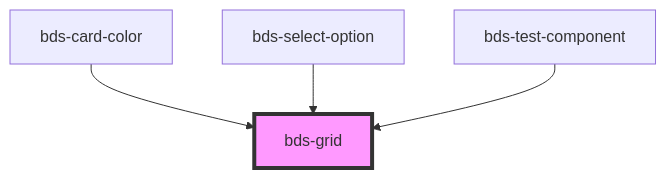
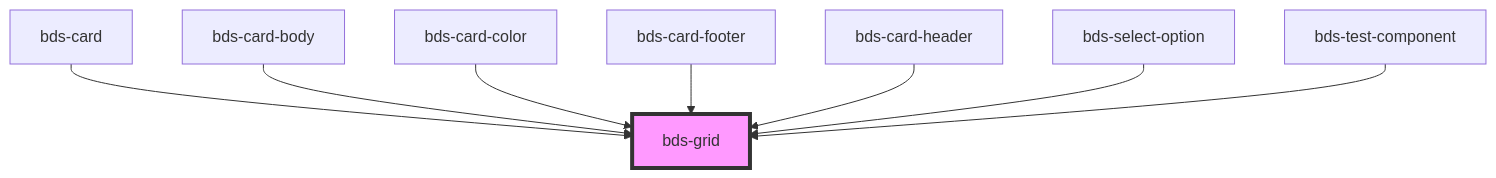
The diagram in src/components/grid/readme.md (takenet/blip-ds), drawn with Mermaid before and after one commit. The commit also changed other lines of this file and 38 other files, not shown here.

````diff
--- a/src/components/grid/readme.md
+++ b/src/components/grid/readme.md
@@ -45,7 +49,11 @@
 ```mermaid
 graph TD;
+  bds-card --> bds-grid
+  bds-card-body --> bds-grid
   bds-card-color --> bds-grid
+  bds-card-footer --> bds-grid
+  bds-card-header --> bds-grid
   bds-select-option --> bds-grid
   bds-test-component --> bds-grid
   style bds-grid fill:#f9f,stroke:#333,stroke-width:4px
 ```
````
